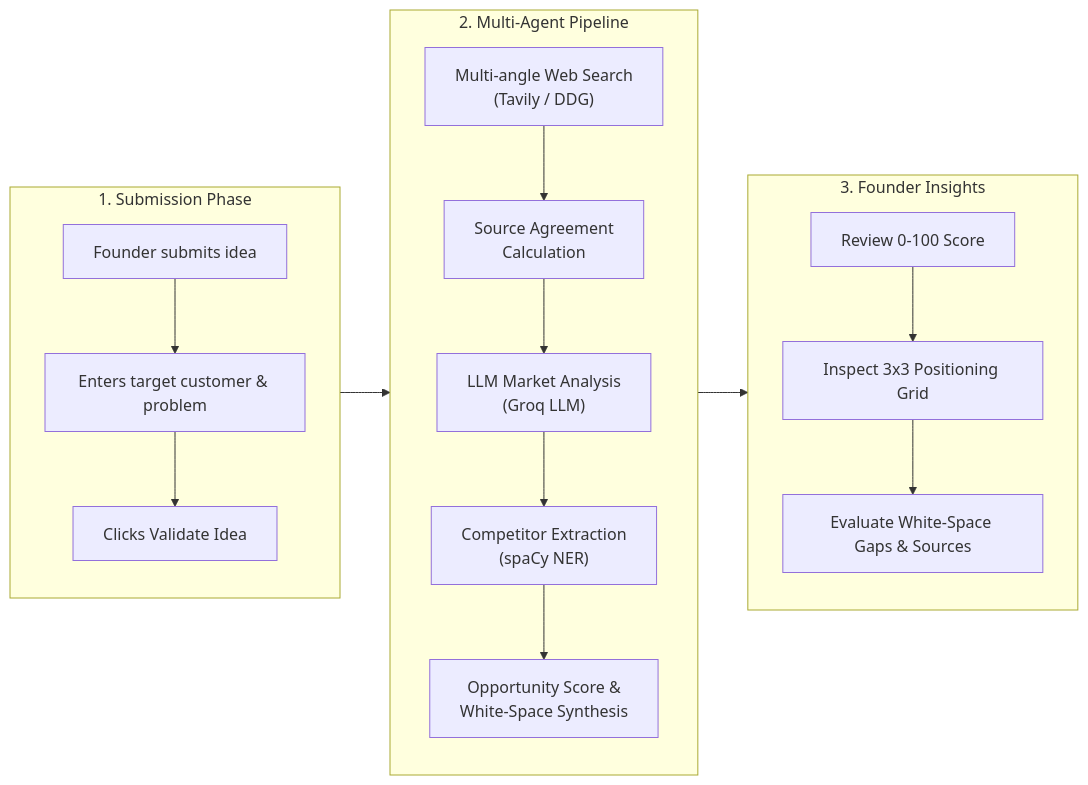
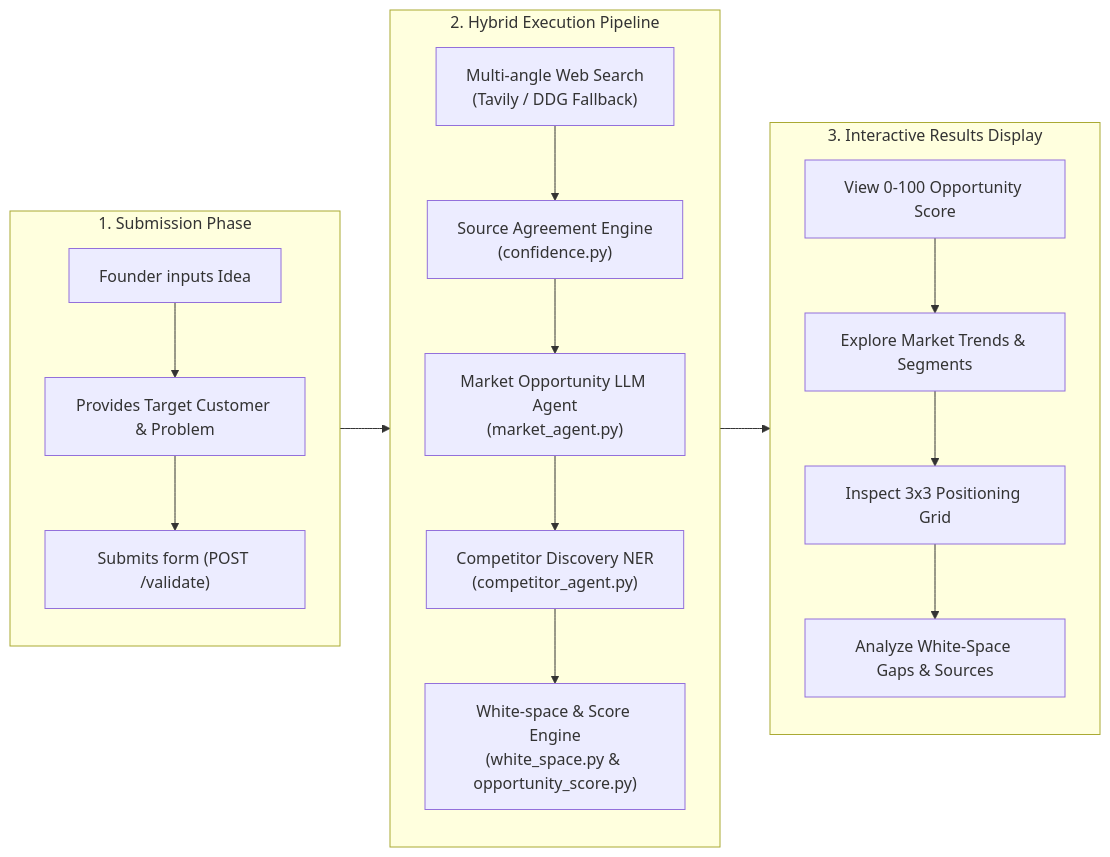
Before and after one commit to Yasaswini-ch/Development-of-AI-Based-Startup-Idea-Validator-with-Market-Analysis-Assistance: the second of 2 diagrams in docs/product-strategy-and-personas.md, drawn with Mermaid. The commit also changed other lines of this file and 6 other files, not shown here.

````diff
--- a/docs/product-strategy-and-personas.md
+++ b/docs/product-strategy-and-personas.md
@@ -71,24 +153,25 @@
 ```mermaid
 flowchart LR
-    subgraph Submission["1. Submission Phase"]
+    subgraph Phase1["1. Submission Phase"]
         direction TB
-        A1["Founder submits idea"] --> A2["Enters target customer & problem"]
-        A2 --> A3["Clicks Validate Idea"]
+        A1["Founder inputs Idea"] --> A2["Provides Target Customer & Problem"]
+        A2 --> A3["Submits form (POST /validate)"]
     end
 
-    subgraph Processing["2. Multi-Agent Pipeline"]
+    subgraph Phase2["2. Hybrid Execution Pipeline"]
         direction TB
-        B1["Multi-angle Web Search<br/>(Tavily / DDG)"] --> B2["Source Agreement<br/>Calculation"]
-        B2 --> B3["LLM Market Analysis<br/>(Groq LLM)"]
-        B3 --> B4["Competitor Extraction<br/>(spaCy NER)"]
-        B4 --> B5["Opportunity Score &<br/>White-Space Synthesis"]
+        B1["Multi-angle Web Search<br/>(Tavily / DDG Fallback)"] --> B2["Source Agreement Engine<br/>(confidence.py)"]
+        B2 --> B3["Market Opportunity LLM Agent<br/>(market_agent.py)"]
+        B3 --> B4["Competitor Discovery NER<br/>(competitor_agent.py)"]
+        B4 --> B5["White-space & Score Engine<br/>(white_space.py & opportunity_score.py)"]
     end
 
-    subgraph Decision["3. Founder Insights"]
+    subgraph Phase3["3. Interactive Results Display"]
         direction TB
-        C1["Review 0-100 Score"] --> C2["Inspect 3x3 Positioning Grid"]
-        C2 --> C3["Evaluate White-Space Gaps & Sources"]
+        C1["View 0-100 Opportunity Score"] --> C2["Explore Market Trends & Segments"]
+        C2 --> C3["Inspect 3x3 Positioning Grid"]
+        C3 --> C4["Analyze White-Space Gaps & Sources"]
     end
 
-    Submission --> Processing --> Decision
+    Phase1 --> Phase2 --> Phase3
 ```
````
